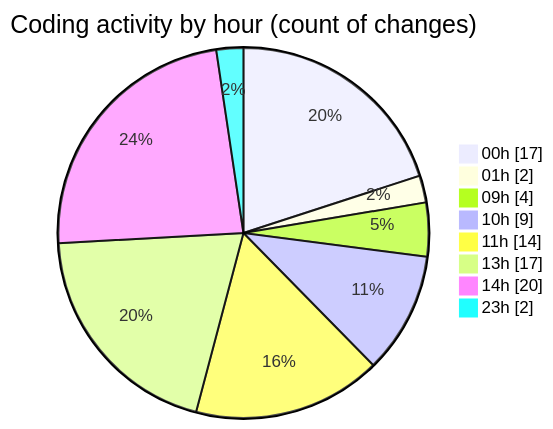
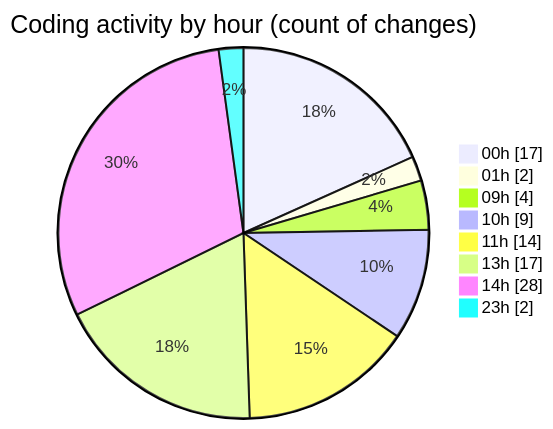
One commit to julien-gomy/code-tracking changed the second of 2 diagrams in 2025-10-29/eventscop-frontend-guide__workspace_/README.md. Above: the diagram before and after it, drawn with Mermaid. The commit also changed other lines of this file and 1 other file, not shown here.

````diff
--- a/2025-10-29/eventscop-frontend-guide__workspace_/README.md
+++ b/2025-10-29/eventscop-frontend-guide__workspace_/README.md
@@ -56,12 +56,12 @@
 ```mermaid
 pie showData
 title Coding activity by hour (count of changes)
 "00h" : 17
 "01h" : 2
 "09h" : 4
 "10h" : 9
 "11h" : 14
 "13h" : 17
-"14h" : 20
+"14h" : 28
 "23h" : 2
 ```
````
